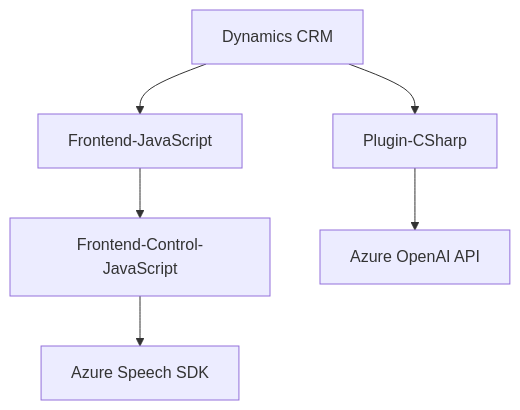
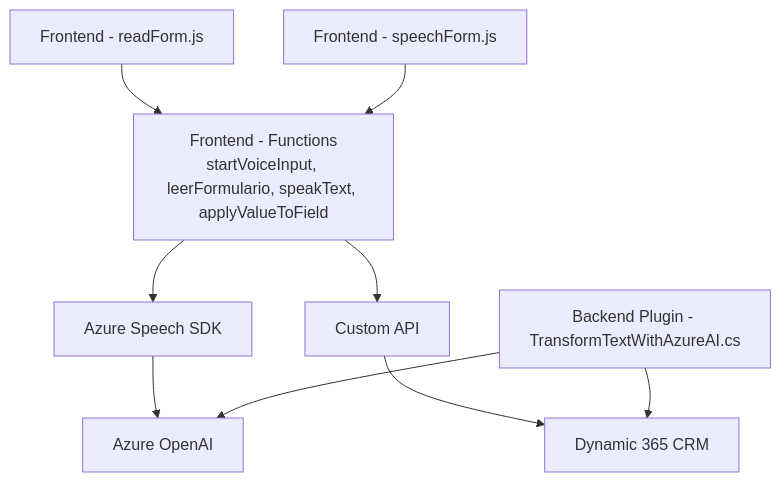
One commit to blopezdm/NETCORE_BILBAO2025 changed the diagram in README.md. Above: the diagram before and after it, drawn with Mermaid. The commit also changed other lines of this file, not shown here.

````diff
--- a/README.md
+++ b/README.md
@@ -44,15 +33,20 @@
 ```mermaid
 graph TD
-    CRM["Dynamics CRM"]
-    VoiceFormHandler["Frontend-JavaScript"]
-    VoiceInputHandler["Frontend-Control-JavaScript"]
-    PluginHandler["Plugin-CSharp"]
-    AzureSpeechSDK["Azure Speech SDK"]
-    AzureOpenAI["Azure OpenAI API"]
+    A["Frontend - readForm.js"]
+    B["Frontend - speechForm.js"]
+    C["Frontend - Functions<br>startVoiceInput, leerFormulario, speakText, applyValueToField"]
+    D["Azure Speech SDK"]
+    E["Custom API"]
+    F["Dynamic 365 CRM"]
+    G["Backend Plugin - TransformTextWithAzureAI.cs"]
+    H["Azure OpenAI"]
 
-    CRM --> VoiceFormHandler
-    VoiceFormHandler --> VoiceInputHandler
-    VoiceInputHandler --> AzureSpeechSDK
-    CRM --> PluginHandler
-    PluginHandler --> AzureOpenAI
+    A --> C
+    B --> C
+    C --> D
+    C --> E
+    E --> F
+    D --> H
+    G --> F
+    G --> H
 ```
````
